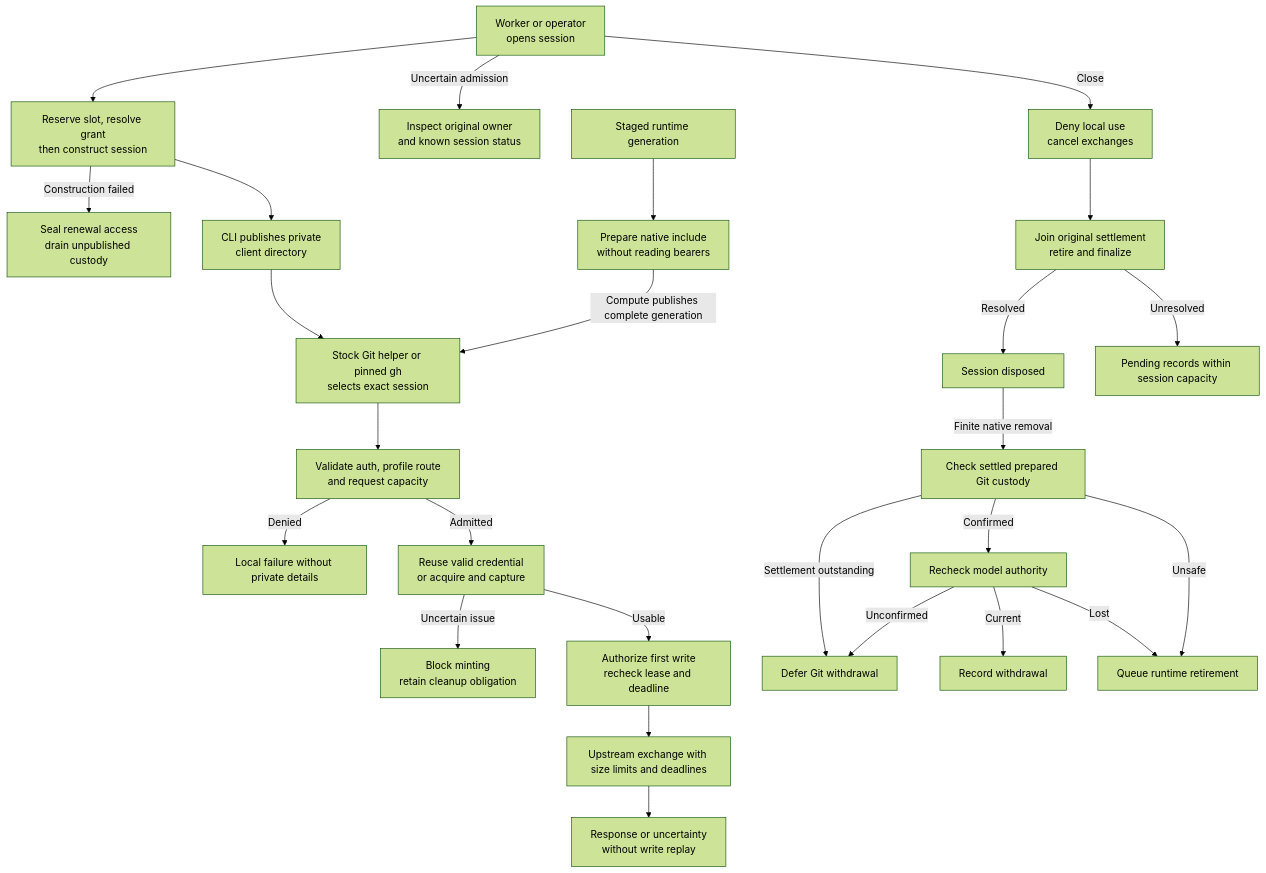
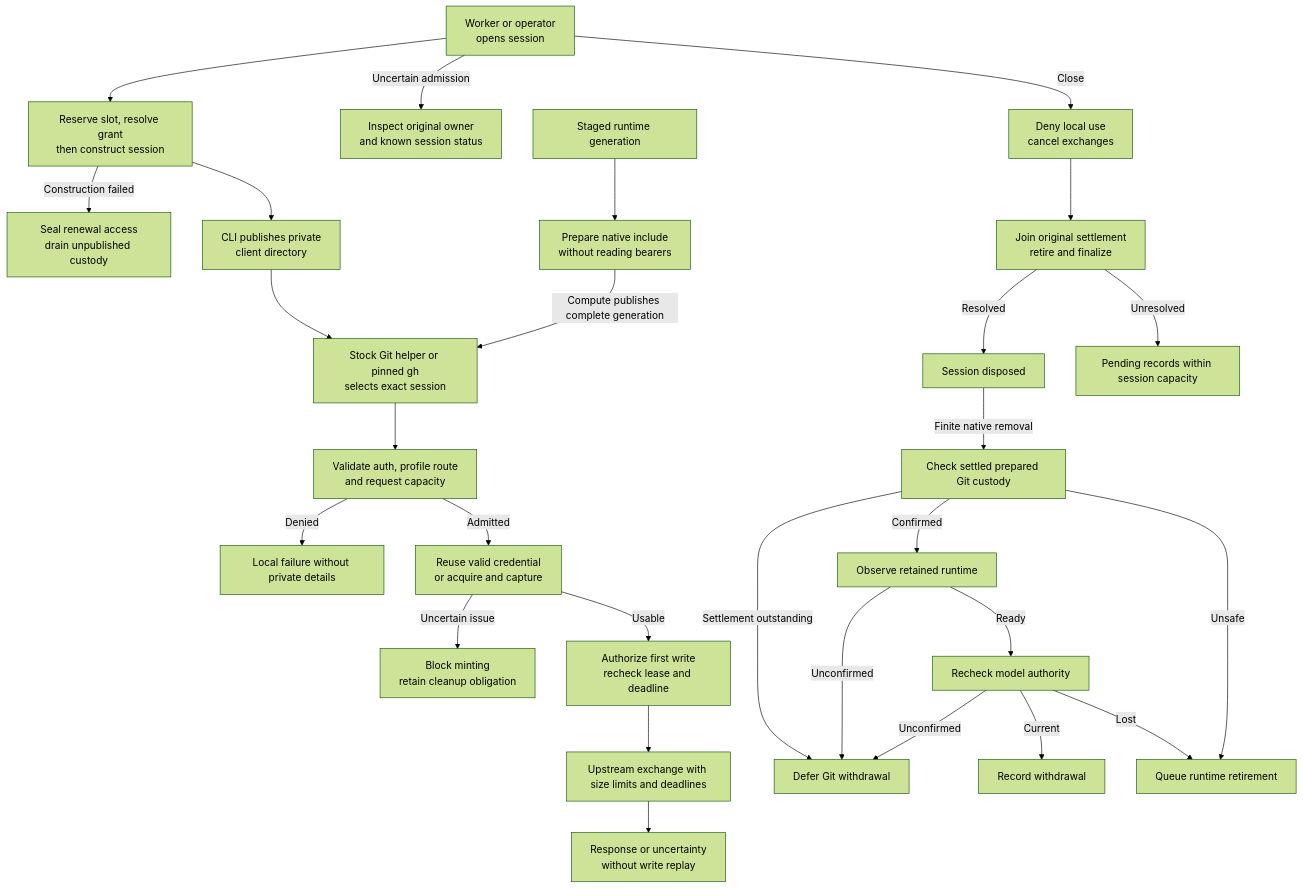
One commit to openclaw/openclaw-enterprise changed the diagram in docs/flows/repository-credentials.md. Above: the diagram before and after it, drawn with Mermaid (forest theme). The commit also changed other lines of this file and 6 other files, not shown here.

Commit message:
Wait for a healthy retained runtime after finite withdrawal

````diff
--- a/docs/flows/repository-credentials.md
+++ b/docs/flows/repository-credentials.md
@@ -29,28 +29,30 @@
 ```mermaid
 graph TD
   Operator["Worker or operator<br/>opens session"] --> Admission["Reserve slot, resolve grant<br/>then construct session"]
   Admission -->|Construction failed| ConstructionCleanup["Seal renewal access<br/>drain unpublished custody"]
   Operator -->|Uncertain admission| Recovery["Inspect original owner<br/>and known session status"]
   Admission --> Files["CLI publishes private<br/>client directory"]
   Files --> Client["Stock Git helper or pinned gh<br/>selects exact session"]
   Staged["Staged runtime generation"] --> Native["Prepare native include<br/>without reading bearers"]
   Native -->|Compute publishes complete generation| Client
   Client --> Route["Validate auth, profile route<br/>and request capacity"]
   Route -->|Denied| Denial["Local failure without private details"]
   Route -->|Admitted| Credential["Reuse valid credential<br/>or acquire and capture"]
   Credential -->|Uncertain issue| Blocked["Block minting<br/>retain cleanup obligation"]
   Credential -->|Usable| Gate["Authorize first write<br/>recheck lease and deadline"]
   Gate --> Upstream["Upstream exchange with size limits and deadlines"]
   Upstream --> Result["Response or uncertainty<br/>without write replay"]
   Operator -->|Close| Closed["Deny local use<br/>cancel exchanges"]
   Closed --> Cleanup["Join original settlement<br/>retire and finalize"]
   Cleanup -->|Resolved| Disposed["Session disposed"]
   Cleanup -->|Unresolved| Pending["Pending records within session capacity"]
   Disposed -->|Finite native removal| NativeCustody["Check settled prepared Git custody"]
-  NativeCustody -->|Confirmed| NativeAuthority["Recheck model authority"]
+  NativeCustody -->|Confirmed| NativeRuntime["Observe retained runtime"]
   NativeCustody -->|Settlement outstanding| NativeWithdrawalPending["Defer Git withdrawal"]
+  NativeRuntime -->|Ready| NativeAuthority["Recheck model authority"]
+  NativeRuntime -->|Unconfirmed| NativeWithdrawalPending
   NativeAuthority -->|Current| NativeKeep["Record withdrawal"]
   NativeAuthority -->|Unconfirmed| NativeWithdrawalPending
   NativeAuthority -->|Lost| NativeStop["Queue runtime retirement"]
   NativeCustody -->|Unsafe| NativeStop
 ```
````
